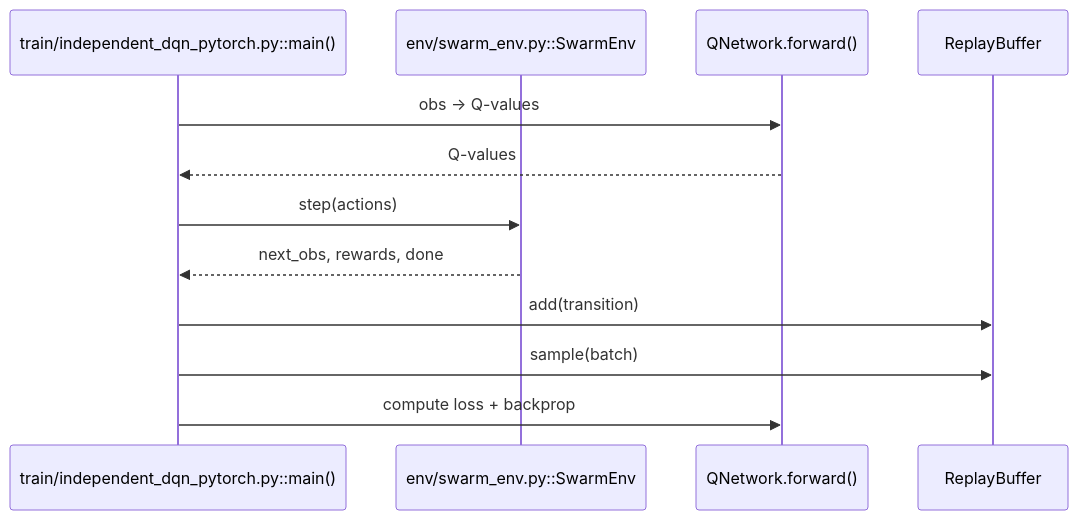
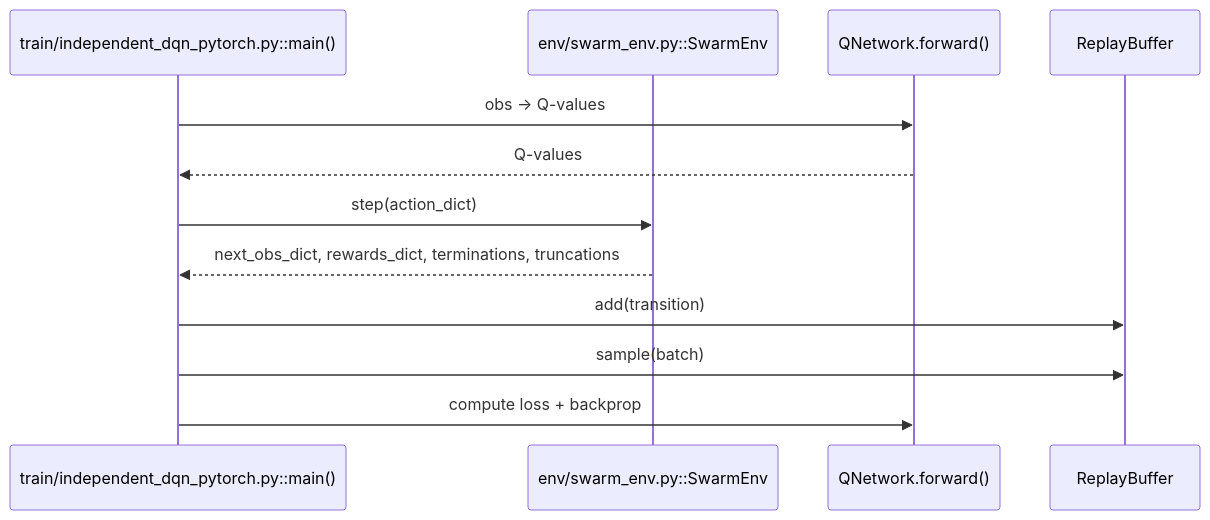
Before and after one commit to titancoder12/swarm_robotic_rl: the sixth of 6 diagrams in docs/UML.md, drawn with Mermaid. The commit also changed other lines of this file and 5 other files, not shown here.

````diff
--- a/docs/UML.md
+++ b/docs/UML.md
@@ -121,15 +121,15 @@
 ```mermaid
 sequenceDiagram
   participant Trainer as train/independent_dqn_pytorch.py::main()
   participant Env as env/swarm_env.py::SwarmEnv
   participant Policy as QNetwork.forward()
   participant Buffer as ReplayBuffer
 
   Trainer->>Policy: obs -> Q-values
   Policy-->>Trainer: Q-values
-  Trainer->>Env: step(actions)
-  Env-->>Trainer: next_obs, rewards, done
+  Trainer->>Env: step(action_dict)
+  Env-->>Trainer: next_obs_dict, rewards_dict, terminations, truncations
   Trainer->>Buffer: add(transition)
   Trainer->>Buffer: sample(batch)
   Trainer->>Policy: compute loss + backprop
 ```
````
